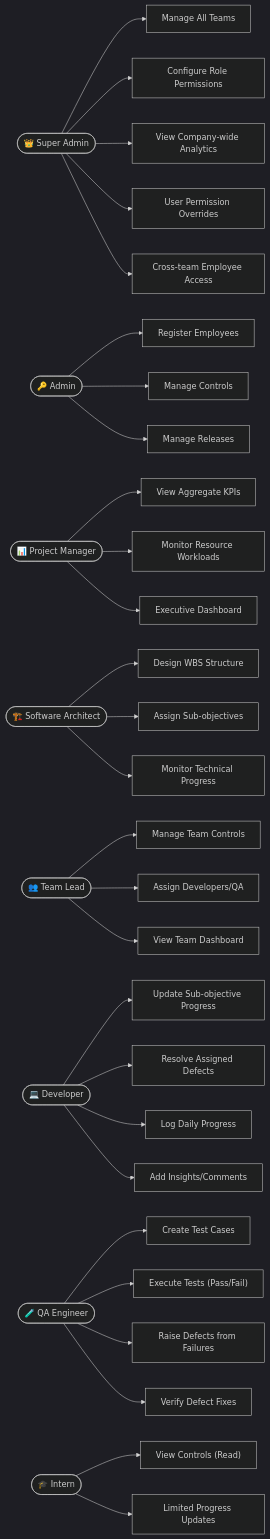
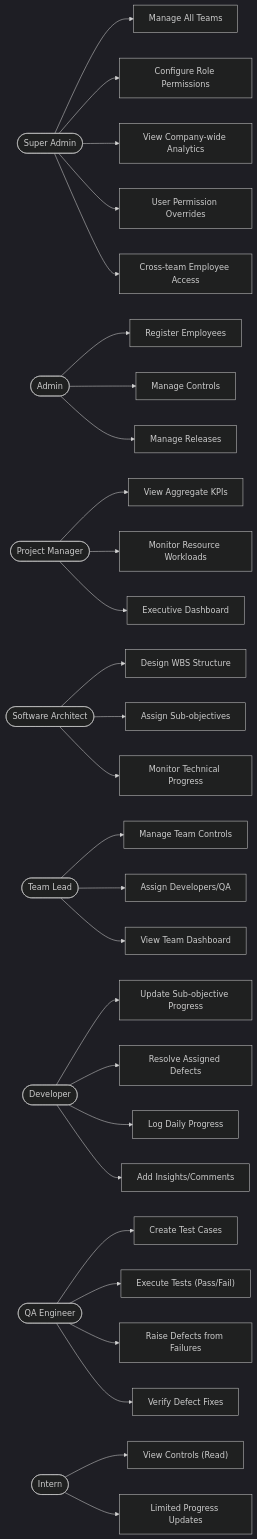
Before and after one commit to Osandi-Hirimuthugoda/ControlApp: the fourth of 12 diagrams in docs/USER_MANUAL.md, drawn with Mermaid (dark theme). The commit also changed other lines of this file, not shown here.

````diff
--- a/docs/USER_MANUAL.md
+++ b/docs/USER_MANUAL.md
@@ -438,46 +438,46 @@
 ```mermaid
 graph LR
-    SA(["👑 Super Admin"])
-    AD(["🔑 Admin"])
-    PM(["📊 Project Manager"])
-    AR(["🏗️ Software Architect"])
-    TL(["👥 Team Lead"])
-    DEV(["💻 Developer"])
-    QA(["🧪 QA Engineer"])
-    INT(["🎓 Intern"])
+    SA([" Super Admin"])
+    AD([" Admin"])
+    PM([" Project Manager"])
+    AR([" Software Architect"])
+    TL([" Team Lead"])
+    DEV([" Developer"])
+    QA([" QA Engineer"])
+    INT([" Intern"])
 
     SA --> UC1["Manage All Teams"]
     SA --> UC2["Configure Role Permissions"]
     SA --> UC3["View Company-wide Analytics"]
     SA --> UC4["User Permission Overrides"]
     SA --> UC5["Cross-team Employee Access"]
 
     AD --> UC6["Register Employees"]
     AD --> UC7["Manage Controls"]
     AD --> UC8["Manage Releases"]
 
     PM --> UC9["View Aggregate KPIs"]
     PM --> UC10["Monitor Resource Workloads"]
     PM --> UC11["Executive Dashboard"]
 
     AR --> UC12["Design WBS Structure"]
     AR --> UC13["Assign Sub-objectives"]
     AR --> UC14["Monitor Technical Progress"]
 
     TL --> UC15["Manage Team Controls"]
     TL --> UC16["Assign Developers/QA"]
     TL --> UC17["View Team Dashboard"]
 
     DEV --> UC18["Update Sub-objective Progress"]
     DEV --> UC19["Resolve Assigned Defects"]
     DEV --> UC20["Log Daily Progress"]
     DEV --> UC21["Add Insights/Comments"]
 
     QA --> UC22["Create Test Cases"]
     QA --> UC23["Execute Tests (Pass/Fail)"]
     QA --> UC24["Raise Defects from Failures"]
     QA --> UC25["Verify Defect Fixes"]
 
     INT --> UC26["View Controls (Read)"]
     INT --> UC27["Limited Progress Updates"]
 ```
````
